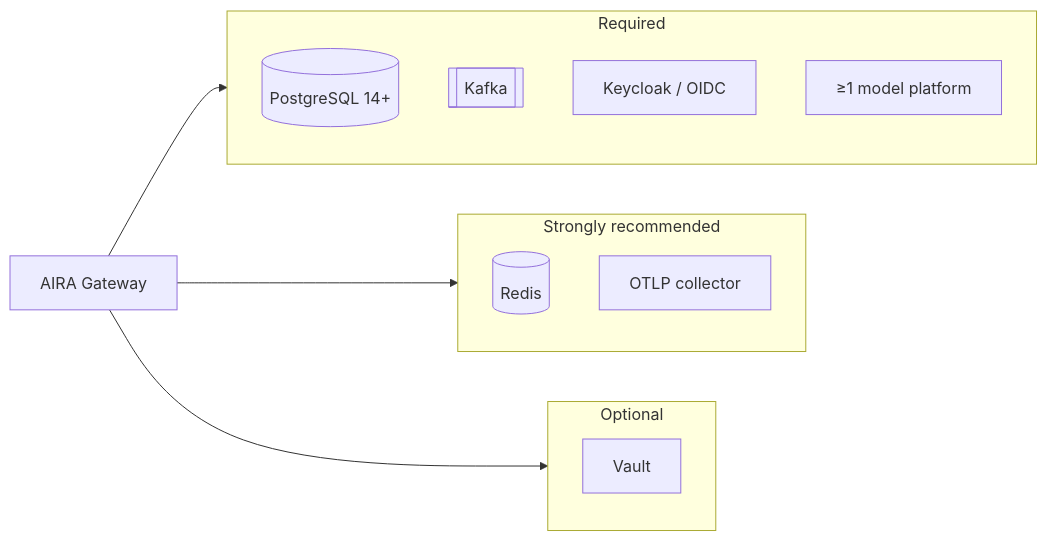
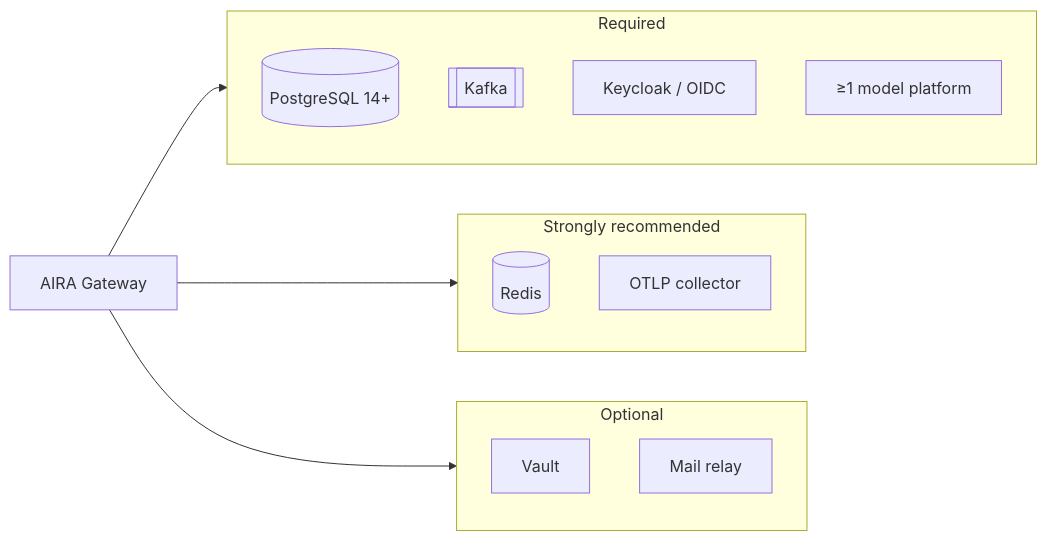
The first of 2 diagrams in docs/INTEGRATIONS.md (InigoImago/AIRA-Gateway), drawn with Mermaid before and after one commit. The commit also changed other lines of this file and 44 other files, not shown here.

````diff
--- a/docs/INTEGRATIONS.md
+++ b/docs/INTEGRATIONS.md
@@ -10,19 +10,20 @@
 ```mermaid
 graph LR
     subgraph required["Required"]
         pg[("PostgreSQL 14+")]
         kafka[["Kafka"]]
         kc["Keycloak / OIDC"]
         model["≥1 model platform"]
     end
     subgraph recommended["Strongly recommended"]
         redis[("Redis")]
         otel["OTLP collector"]
     end
     subgraph optional["Optional"]
         vault["Vault"]
+        mail["Mail relay"]
     end
     aira["AIRA Gateway"] --> required
     aira --> recommended
     aira --> optional
 ```
````
